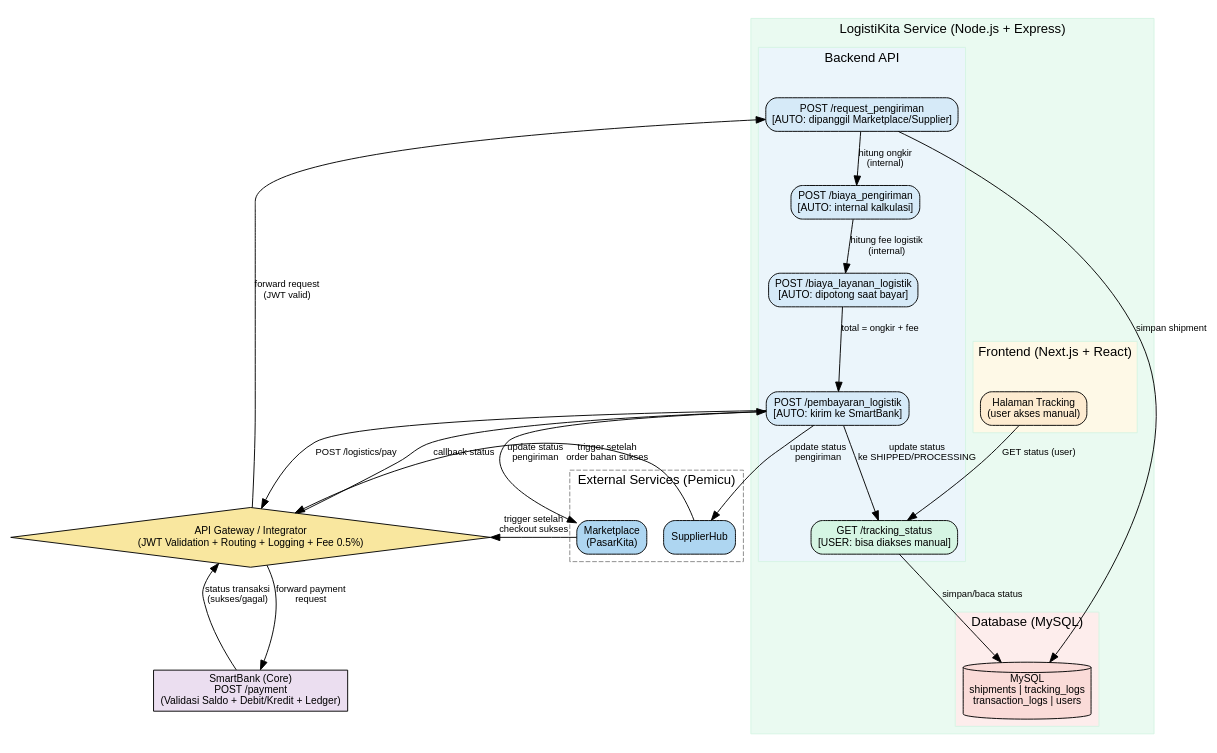
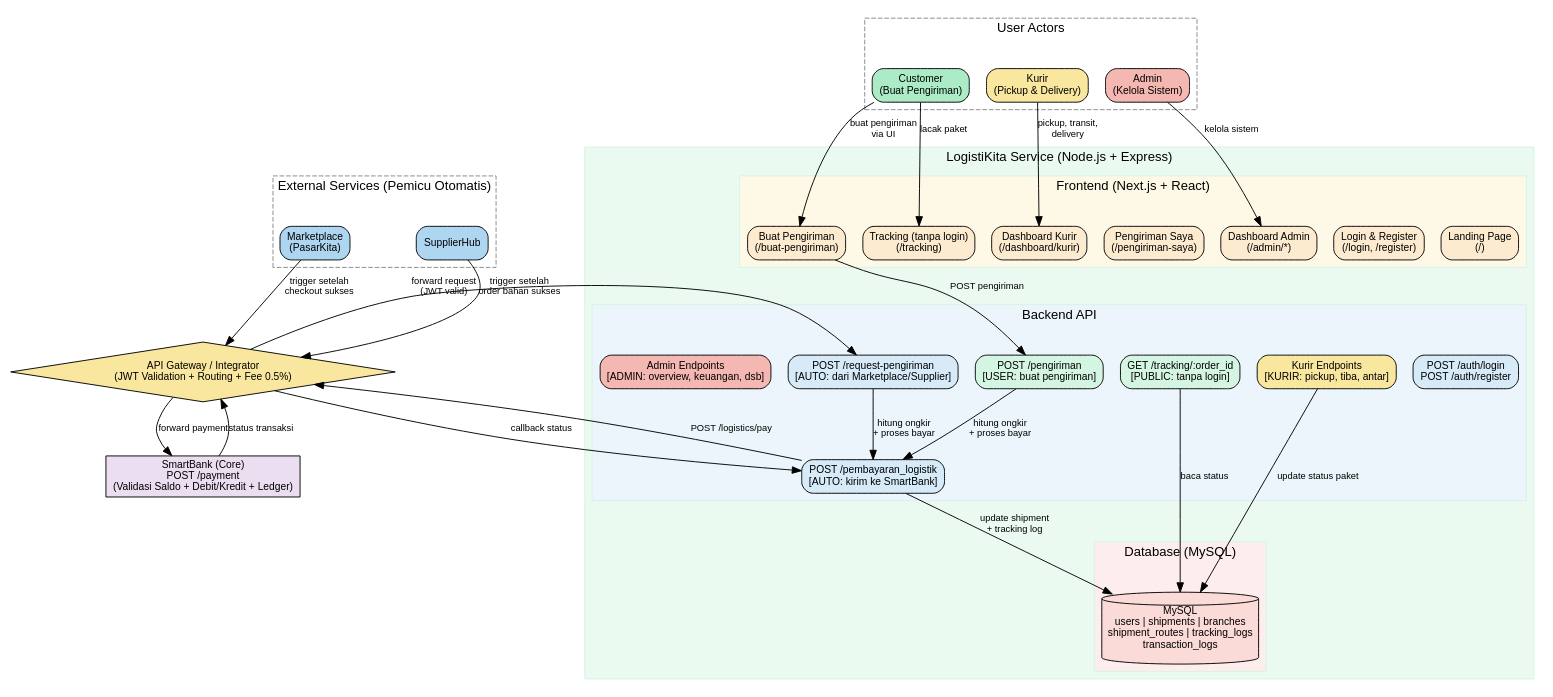
One commit to fachrizikrisyah231-create/LogistiKita changed the diagram in README.md. Above: the diagram before and after it, drawn with Graphviz. The commit also changed other lines of this file and 3 other files, not shown here.

````diff
--- a/README.md
+++ b/README.md
@@ -100,15 +320,25 @@
 
     // === EXTERNAL ACTORS ===
     subgraph cluster_external {
-        label="External Services (Pemicu)";
+        label="External Services (Pemicu Otomatis)";
         style=dashed;
         color="#888888";
         Marketplace [label="Marketplace\n(PasarKita)", fillcolor="#AED6F1"];
         SupplierHub [label="SupplierHub", fillcolor="#AED6F1"];
     }
 
+    // === USER ACTORS ===
+    subgraph cluster_users {
+        label="User Actors";
+        style=dashed;
+        color="#888888";
+        Customer [label="Customer\n(Buat Pengiriman)", fillcolor="#ABEBC6"];
+        Kurir [label="Kurir\n(Pickup & Delivery)", fillcolor="#F9E79F"];
+        Admin [label="Admin\n(Kelola Sistem)", fillcolor="#F5B7B1"];
+    }
+
     // === API GATEWAY ===
-    Gateway [label="API Gateway / Integrator\n(JWT Validation + Routing + Logging + Fee 0.5%)",
+    Gateway [label="API Gateway / Integrator\n(JWT Validation + Routing + Fee 0.5%)",
              shape=diamond, fillcolor="#F9E79F", style="filled"];
 
     // === LOGISTIKITA SERVICE ===
@@ -122,25 +352,33 @@
             label="Frontend (Next.js + React)";
             style=filled;
             fillcolor="#FEF9E7";
-            UI_Tracking [label="Halaman Tracking\n(user akses manual)", fillcolor="#FDEBD0"];
+            UI_Landing [label="Landing Page\n(/)", fillcolor="#FDEBD0"];
+            UI_Login [label="Login & Register\n(/login, /register)", fillcolor="#FDEBD0"];
+            UI_Pengiriman [label="Buat Pengiriman\n(/buat-pengiriman)", fillcolor="#FDEBD0"];
+            UI_PengirimanSaya [label="Pengiriman Saya\n(/pengiriman-saya)", fillcolor="#FDEBD0"];
+            UI_Tracking [label="Tracking (tanpa login)\n(/tracking)", fillcolor="#FDEBD0"];
+            UI_Kurir [label="Dashboard Kurir\n(/dashboard/kurir)", fillcolor="#FDEBD0"];
+            UI_Admin [label="Dashboard Admin\n(/admin/*)", fillcolor="#FDEBD0"];
         }
 
         subgraph cluster_backend {
             label="Backend API";
             style=filled;
             fillcolor="#EBF5FB";
-            API_Request  [label="POST /request_pengiriman\n[AUTO: dipanggil Marketplace/Supplier]", fillcolor="#D6EAF8"];
-            API_Biaya    [label="POST /biaya_pengiriman\n[AUTO: internal kalkulasi]", fillcolor="#D6EAF8"];
-            API_Bayar    [label="POST /pembayaran_logistik\n[AUTO: kirim ke SmartBank]", fillcolor="#D6EAF8"];
-            API_Tracking [label="GET /tracking_status\n[USER: bisa diakses manual]", fillcolor="#D5F5E3"];
-            API_Fee      [label="POST /biaya_layanan_logistik\n[AUTO: dipotong saat bayar]", fillcolor="#D6EAF8"];
+            API_Auth [label="POST /auth/login\nPOST /auth/register", fillcolor="#D6EAF8"];
+            API_Pengiriman [label="POST /pengiriman\n[USER: buat pengiriman]", fillcolor="#D5F5E3"];
+            API_Request [label="POST /request-pengiriman\n[AUTO: dari Marketplace/Supplier]", fillcolor="#D6EAF8"];
+            API_Tracking [label="GET /tracking/:order_id\n[PUBLIC: tanpa login]", fillcolor="#D5F5E3"];
+            API_Kurir [label="Kurir Endpoints\n[KURIR: pickup, tiba, antar]", fillcolor="#F9E79F"];
+            API_Admin [label="Admin Endpoints\n[ADMIN: overview, keuangan, dsb]", fillcolor="#F5B7B1"];
+            API_Bayar [label="POST /pembayaran_logistik\n[AUTO: kirim ke SmartBank]", fillcolor="#D6EAF8"];
         }
 
         subgraph cluster_db {
             label="Database (MySQL)";
             style=filled;
             fillcolor="#FDEDEC";
-            DB [label="MySQL\nshipments | tracking_logs\ntransaction_logs | users", shape=cylinder, fillcolor="#FADBD8"];
+            DB [label="MySQL\nusers | shipments | branches\nshipment_routes | tracking_logs\ntransaction_logs", shape=cylinder, fillcolor="#FADBD8"];
         }
     }
 
@@ -151,19 +389,20 @@
     // === FLOWS ===
     Marketplace -> Gateway [label="trigger setelah\ncheckout sukses"];
     SupplierHub -> Gateway [label="trigger setelah\norder bahan sukses"];
+    Customer -> UI_Pengiriman [label="buat pengiriman\nvia UI"];
+    Customer -> UI_Tracking [label="lacak paket"];
+    Kurir -> UI_Kurir [label="pickup, transit,\ndelivery"];
+    Admin -> UI_Admin [label="kelola sistem"];
     Gateway -> API_Request [label="forward request\n(JWT valid)"];
-    API_Request -> API_Biaya [label="hitung ongkir\n(internal)"];
-    API_Biaya -> API_Fee [label="hitung fee logistik\n(internal)"];
-    API_Fee -> API_Bayar [label="total = ongkir + fee"];
+    UI_Pengiriman -> API_Pengiriman [label="POST pengiriman"];
+    API_Request -> API_Bayar [label="hitung ongkir\n+ proses bayar"];
+    API_Pengiriman -> API_Bayar [label="hitung ongkir\n+ proses bayar"];
     API_Bayar -> Gateway [label="POST /logistics/pay"];
-    Gateway -> SmartBank [label="forward payment\nrequest"];
-    SmartBank -> Gateway [label="status transaksi\n(sukses/gagal)"];
+    Gateway -> SmartBank [label="forward payment"];
+    SmartBank -> Gateway [label="status transaksi"];
     Gateway -> API_Bayar [label="callback status"];
-    API_Bayar -> API_Tracking [label="update status\nke SHIPPED/PROCESSING"];
-    API_Tracking -> DB [label="simpan/baca status"];
-    API_Request -> DB [label="simpan shipment"];
-    UI_Tracking -> API_Tracking [label="GET status (user)"];
-    API_Bayar -> Marketplace [label="update status\npengiriman"];
-    API_Bayar -> SupplierHub [label="update status\npengiriman"];
+    API_Bayar -> DB [label="update shipment\n+ tracking log"];
+    API_Tracking -> DB [label="baca status"];
+    API_Kurir -> DB [label="update status paket"];
 }
 ```
````
